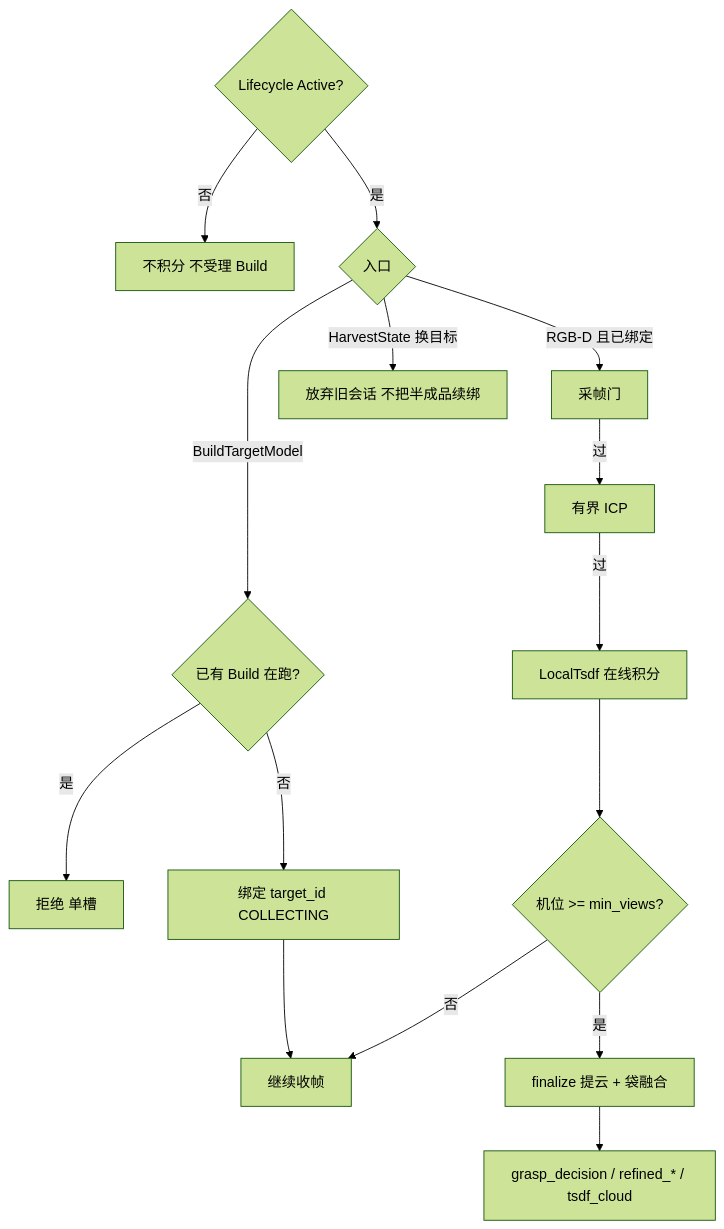
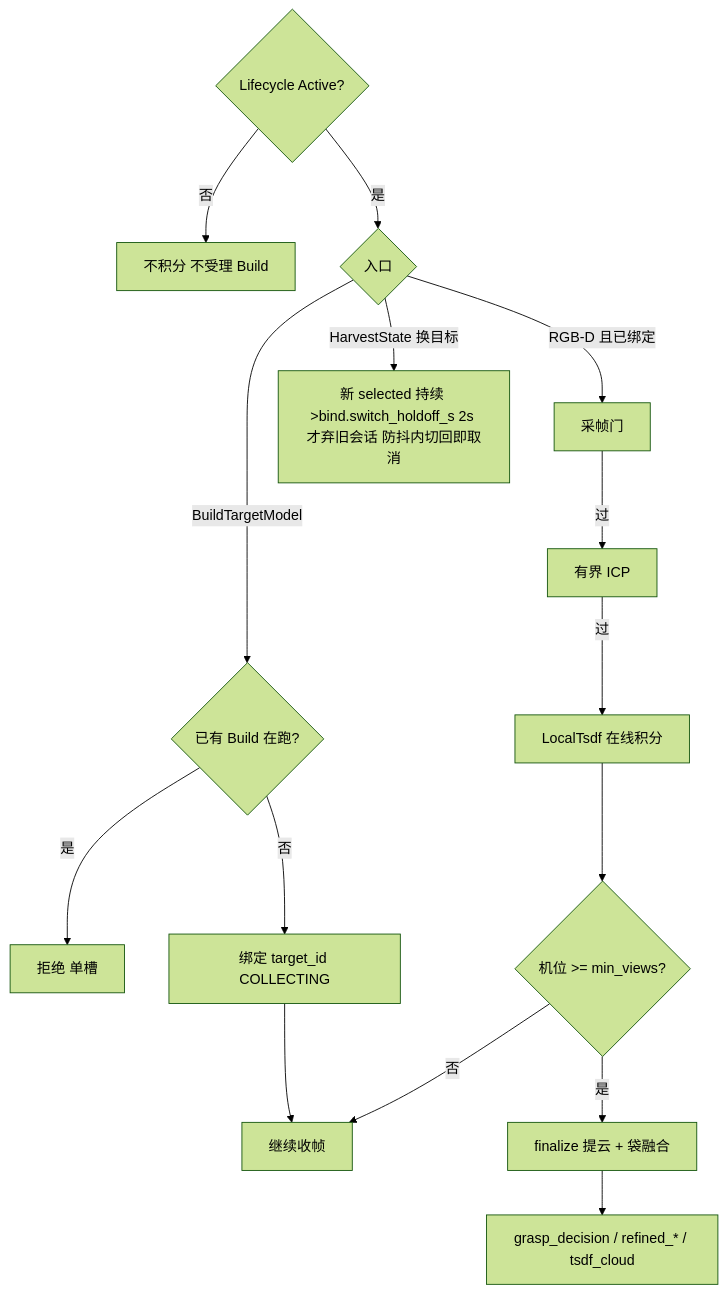
One commit to MUHAN11-c/aubo_boot changed the third of 6 diagrams in src/peach/peach_harvester/doc/io.md. Above: the diagram before and after it, drawn with Mermaid (forest theme). The commit also changed other lines of this file and 272 other files, not shown here.

````diff
--- a/src/peach/peach_harvester/doc/io.md
+++ b/src/peach/peach_harvester/doc/io.md
@@ -92,18 +92,18 @@
 ```mermaid
 flowchart TB
   act{"Lifecycle Active?"}
   act -->|否| idle["不积分 不受理 Build"]
   act -->|是| src{"入口"}
   src -->|BuildTargetModel| slot{"已有 Build 在跑?"}
   slot -->|是| rej["拒绝 单槽"]
   slot -->|否| bind["绑定 target_id COLLECTING"]
-  src -->|HarvestState 换目标| drop["放弃旧会话 不把半成品续绑"]
+  src -->|HarvestState 换目标| drop["新 selected 持续 >bind.switch_holdoff_s 2s 才弃旧会话 防抖内切回即取消"]
   src -->|RGB-D 且已绑定| cap["采帧门"]
   cap -->|过| icp["有界 ICP"]
   icp -->|过| tsdf["LocalTsdf 在线积分"]
   tsdf --> cov{"机位 >= min_views?"}
   cov -->|否| wait["继续收帧"]
   cov -->|是| fin["finalize 提云 + 袋融合"]
   fin --> pub["grasp_decision / refined_* / tsdf_cloud"]
   bind --> wait
 ```
````
